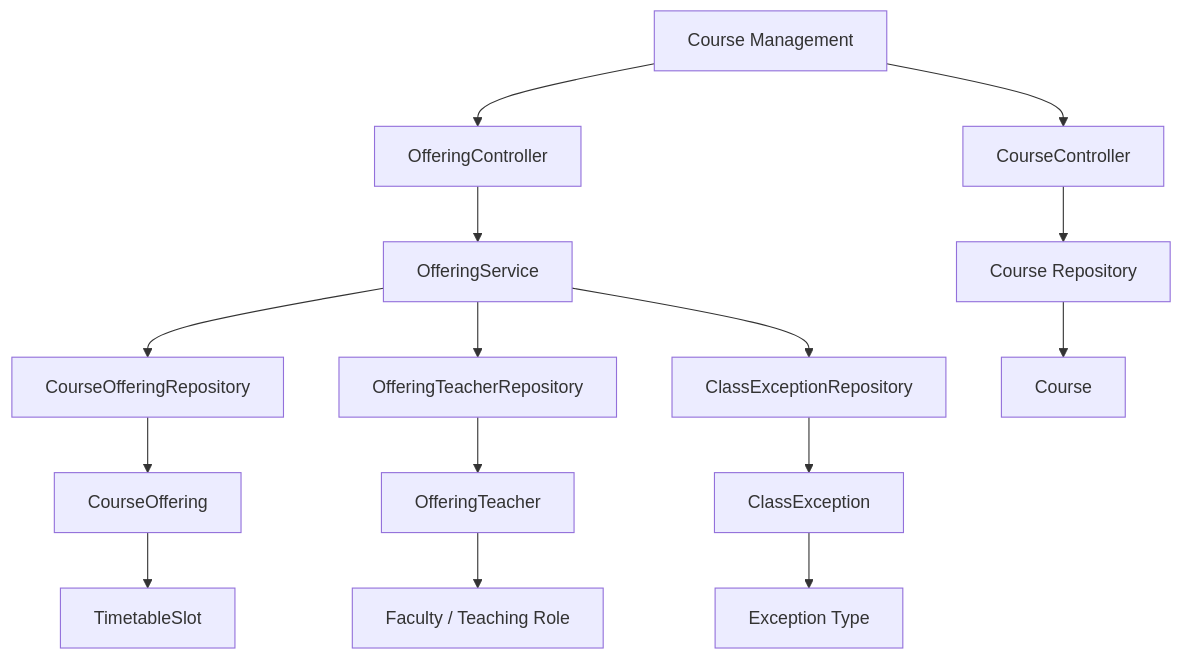
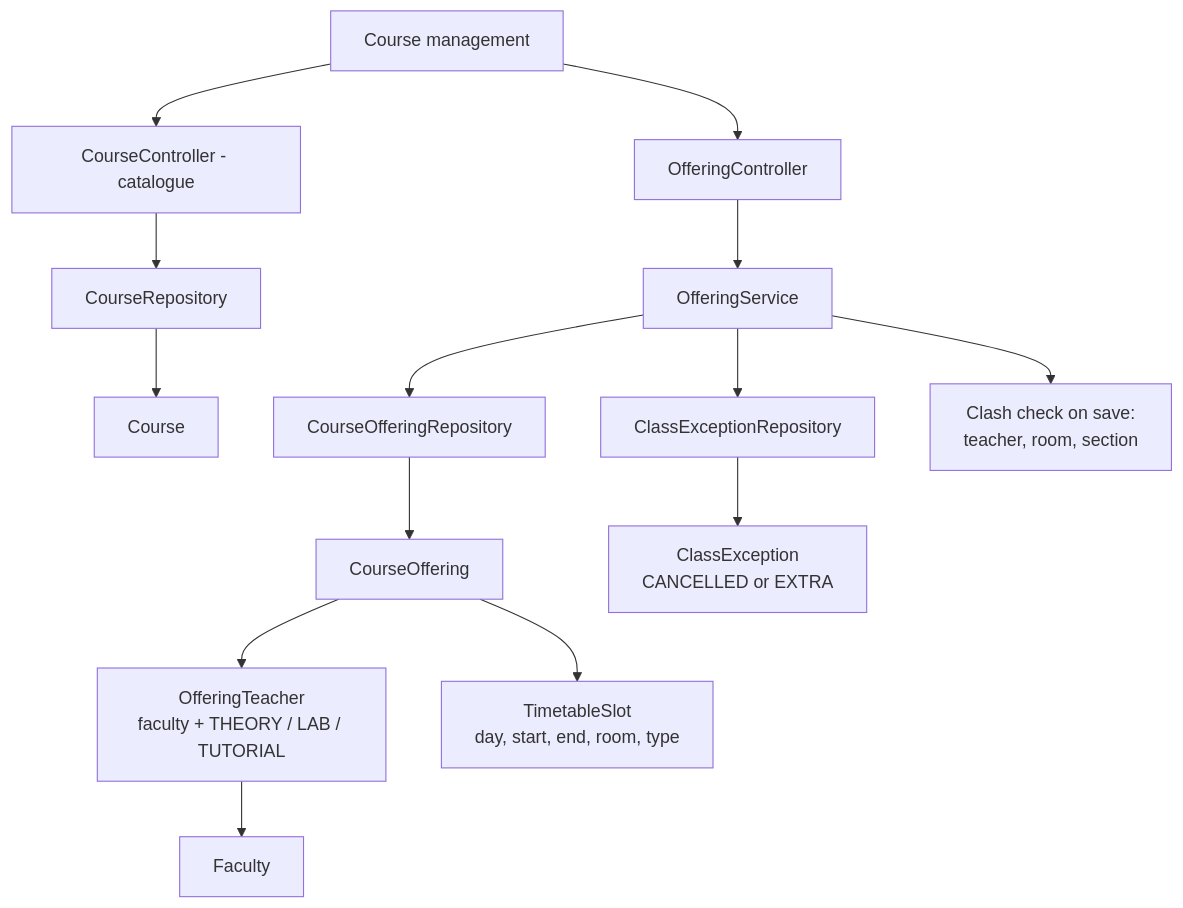
The tenth of 19 diagrams in README.md (Git-punit/campus-erp), drawn with Mermaid before and after one commit. The commit also changed other lines of this file, not shown here.

````diff
--- a/README.md
+++ b/README.md
@@ -596,23 +677,18 @@
 ```mermaid
 flowchart TD
-    A["Course Management"]
+    A["Course management"]
 
-    A --> B["CourseController"]
+    A --> B["CourseController - catalogue"]
     A --> C["OfferingController"]
 
-    B --> D["Course Repository"]
+    B --> D["CourseRepository"] --> I["Course"]
     C --> E["OfferingService"]
 
-    E --> F["CourseOfferingRepository"]
-    E --> G["OfferingTeacherRepository"]
-    E --> H["ClassExceptionRepository"]
+    E --> F["CourseOfferingRepository"] --> J["CourseOffering"]
+    E --> H["ClassExceptionRepository"] --> L["ClassException<br/>CANCELLED or EXTRA"]
+    E --> W["Clash check on save:<br/>teacher, room, section"]
 
-    D --> I["Course"]
-    F --> J["CourseOffering"]
-    G --> K["OfferingTeacher"]
-    H --> L["ClassException"]
-
-    J --> M["TimetableSlot"]
-    K --> N["Faculty / Teaching Role"]
-    L --> O["Exception Type"]
+    J --> K["OfferingTeacher<br/>faculty + THEORY / LAB / TUTORIAL"]
+    J --> M["TimetableSlot<br/>day, start, end, room, type"]
+    K --> N["Faculty"]
 ```
````
